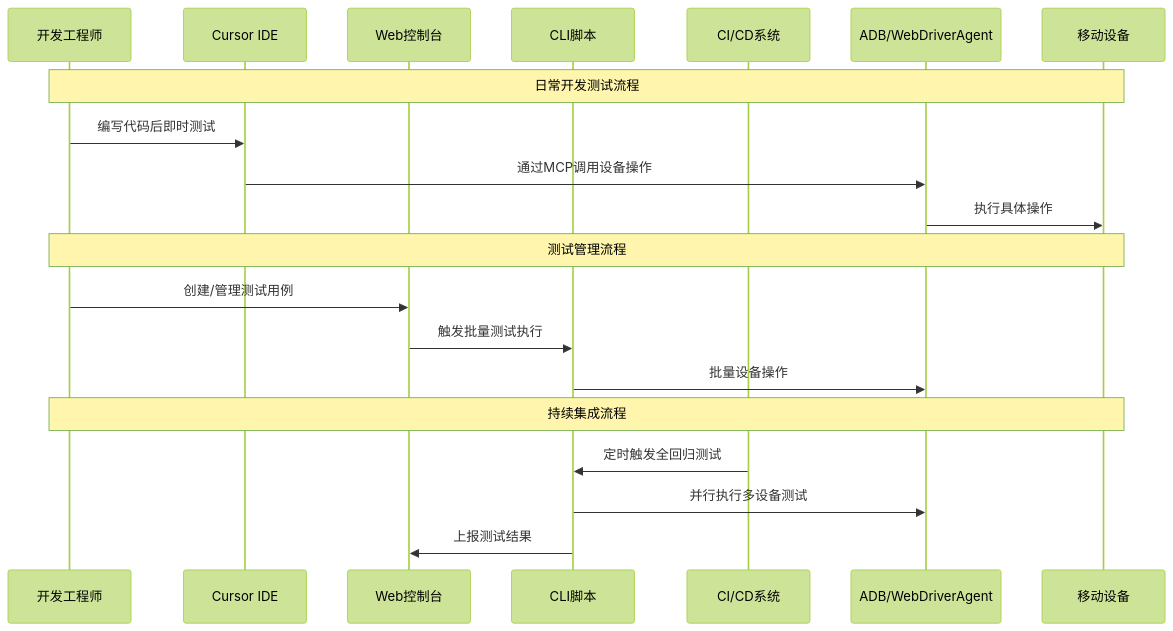
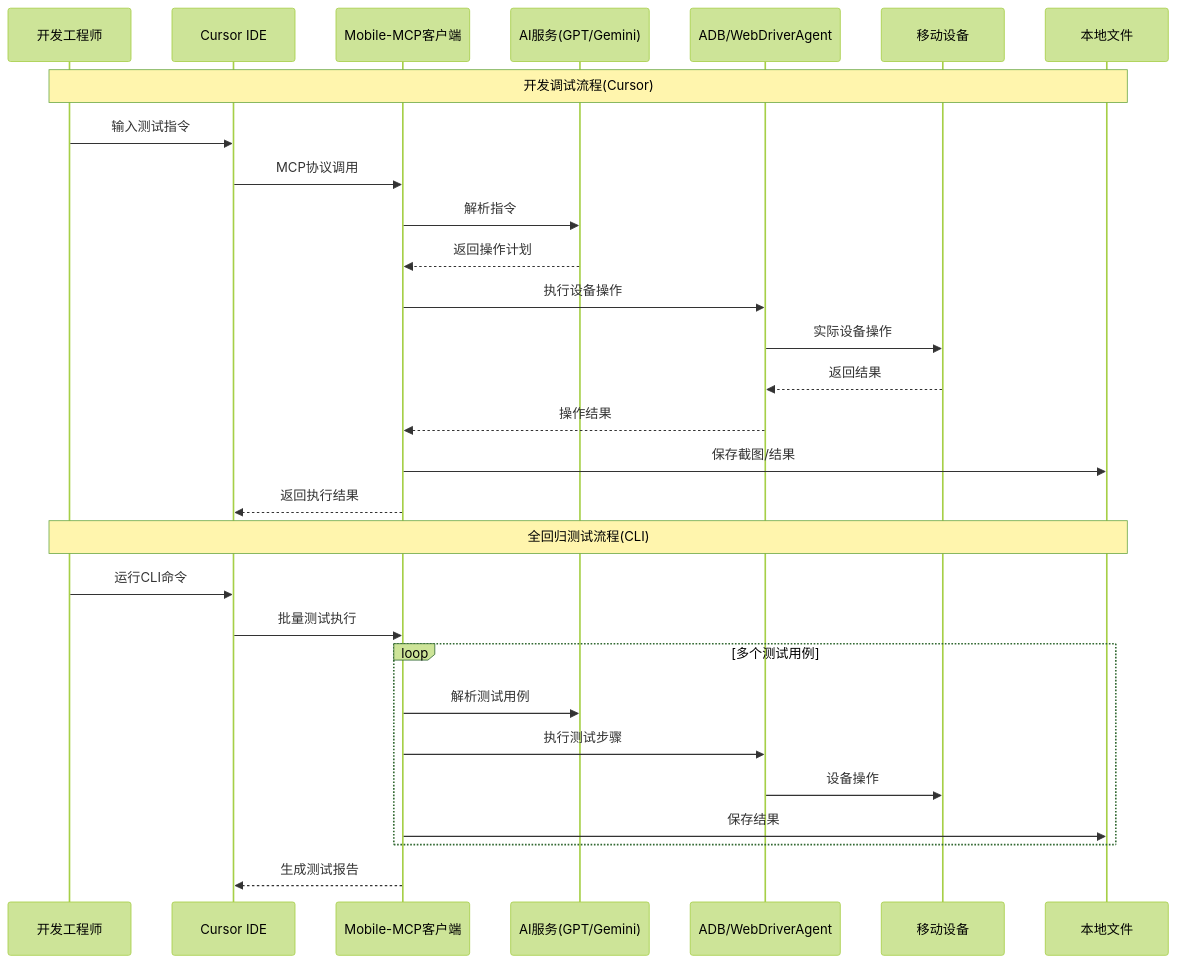
The third of 31 diagrams in Tech.md (zhuozp/AI-UI-), drawn with Mermaid (forest theme) before and after one commit. The commit also changed other lines of this file, not shown here.

````diff
--- a/Tech.md
+++ b/Tech.md
@@ -364,25 +327,33 @@
 ```mermaid
 sequenceDiagram
     participant Developer as 开发工程师
     participant Cursor as Cursor IDE
-    participant WebConsole as Web控制台
-    participant CLI as CLI脚本
-    participant CICD as CI/CD系统
+    participant MCP as Mobile-MCP客户端
+    participant AI as AI服务(GPT/Gemini)
     participant ADB as ADB/WebDriverAgent
     participant Devices as 移动设备
+    participant Files as 本地文件
     
-    Note over Developer, Devices: 日常开发测试流程
-    Developer->>Cursor: 编写代码后即时测试
-    Cursor->>ADB: 通过MCP调用设备操作
-    ADB->>Devices: 执行具体操作
+    Note over Developer, Files: 开发调试流程(Cursor)
+    Developer->>Cursor: 输入测试指令
+    Cursor->>MCP: MCP协议调用
+    MCP->>AI: 解析指令
+    AI-->>MCP: 返回操作计划
+    MCP->>ADB: 执行设备操作
+    ADB->>Devices: 实际设备操作
+    Devices-->>ADB: 返回结果
+    ADB-->>MCP: 操作结果
+    MCP->>Files: 保存截图/结果
+    MCP-->>Cursor: 返回执行结果
     
-    Note over Developer, Devices: 测试管理流程
-    Developer->>WebConsole: 创建/管理测试用例
-    WebConsole->>CLI: 触发批量测试执行
-    CLI->>ADB: 批量设备操作
-    
-    Note over Developer, Devices: 持续集成流程  
-    CICD->>CLI: 定时触发全回归测试
-    CLI->>ADB: 并行执行多设备测试
-    CLI->>WebConsole: 上报测试结果
+    Note over Developer, Files: 全回归测试流程(CLI)
+    Developer->>Cursor: 运行CLI命令
+    Cursor->>MCP: 批量测试执行
+    loop 多个测试用例
+        MCP->>AI: 解析测试用例
+        MCP->>ADB: 执行测试步骤
+        ADB->>Devices: 设备操作
+        MCP->>Files: 保存结果
+    end
+    MCP-->>Cursor: 生成测试报告
 ```
````
